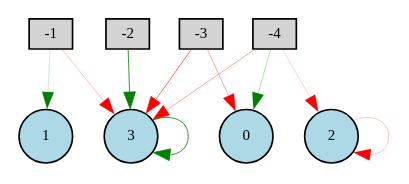
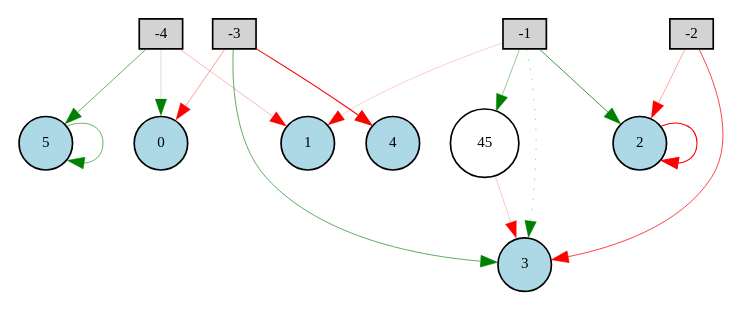
One commit to lucasvillatore/neat-atari-games changed the diagram in src/Digraph.gv. Above: the diagram before and after it, drawn with Graphviz. The commit also changed 11 other files, not shown here.

```diff
--- a/src/Digraph.gv
+++ b/src/Digraph.gv
@@ -1,21 +1,29 @@
 digraph {
 	node [fontsize=9 height=0.2 shape=circle width=0.2]
 	-1 [fillcolor=lightgray shape=box style=filled]
 	-2 [fillcolor=lightgray shape=box style=filled]
 	-3 [fillcolor=lightgray shape=box style=filled]
 	-4 [fillcolor=lightgray shape=box style=filled]
 	0 [fillcolor=lightblue style=filled]
 	1 [fillcolor=lightblue style=filled]
 	2 [fillcolor=lightblue style=filled]
 	3 [fillcolor=lightblue style=filled]
-	-1 -> 1 [color=green penwidth=0.10786098724858391 style=solid]
-	-4 -> 3 [color=red penwidth=0.21306906047152765 style=solid]
-	2 -> 2 [color=red penwidth=0.13788253395273495 style=solid]
-	-4 -> 2 [color=red penwidth=0.11123814165744422 style=solid]
-	-1 -> 3 [color=red penwidth=0.15456290523360294 style=solid]
-	3 -> 3 [color=green penwidth=0.47920307317289357 style=solid]
-	-4 -> 0 [color=green penwidth=0.16360424204657636 style=solid]
-	-3 -> 0 [color=red penwidth=0.19811194353548833 style=solid]
-	-3 -> 3 [color=red penwidth=0.3521338253111843 style=solid]
-	-2 -> 3 [color=green penwidth=0.475105780798022 style=solid]
+	4 [fillcolor=lightblue style=filled]
+	5 [fillcolor=lightblue style=filled]
+	45 [fillcolor=white style=filled]
+	-1 -> 1 [color=red penwidth=0.11575522811729416 style=solid]
+	-2 -> 3 [color=red penwidth=0.43530257770649894 style=solid]
+	-3 -> 4 [color=red penwidth=0.6194482579877975 style=solid]
+	5 -> 5 [color=green penwidth=0.3627562923331906 style=solid]
+	-3 -> 3 [color=green penwidth=0.37640057811608396 style=solid]
+	-3 -> 0 [color=red penwidth=0.2398784661724016 style=solid]
+	2 -> 2 [color=red penwidth=0.650624763678276 style=solid]
+	-2 -> 2 [color=red penwidth=0.21151582243424494 style=solid]
+	-4 -> 1 [color=red penwidth=0.17747828838220975 style=solid]
+	-4 -> 0 [color=green penwidth=0.11876964202847456 style=solid]
+	-1 -> 2 [color=green penwidth=0.46619147955067985 style=solid]
+	-4 -> 5 [color=green penwidth=0.3638540515876528 style=solid]
+	-1 -> 3 [color=green penwidth=0.21084097125533063 style=dotted]
+	-1 -> 45 [color=green penwidth=0.24517664045137155 style=solid]
+	45 -> 3 [color=red penwidth=0.14423102965723447 style=solid]
 }
```
